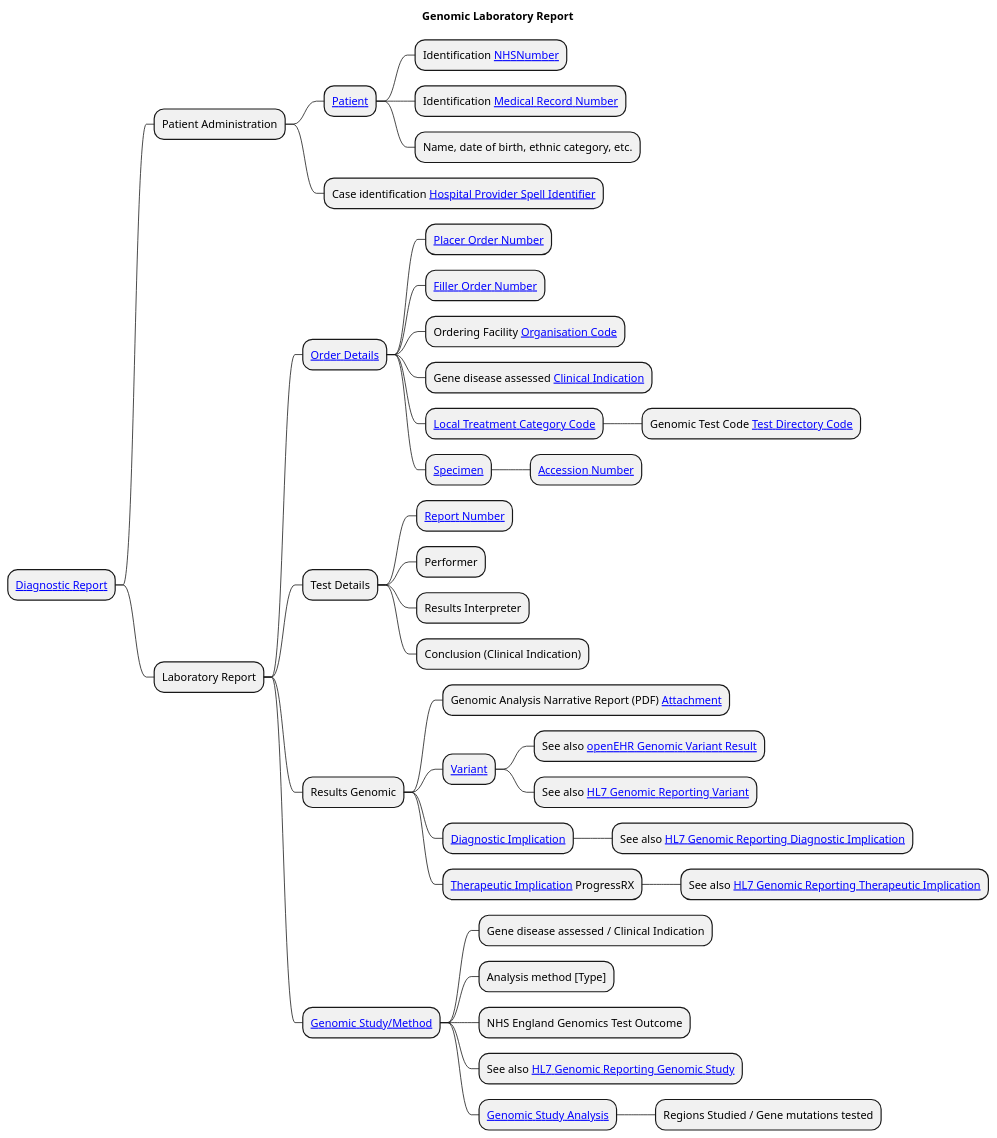
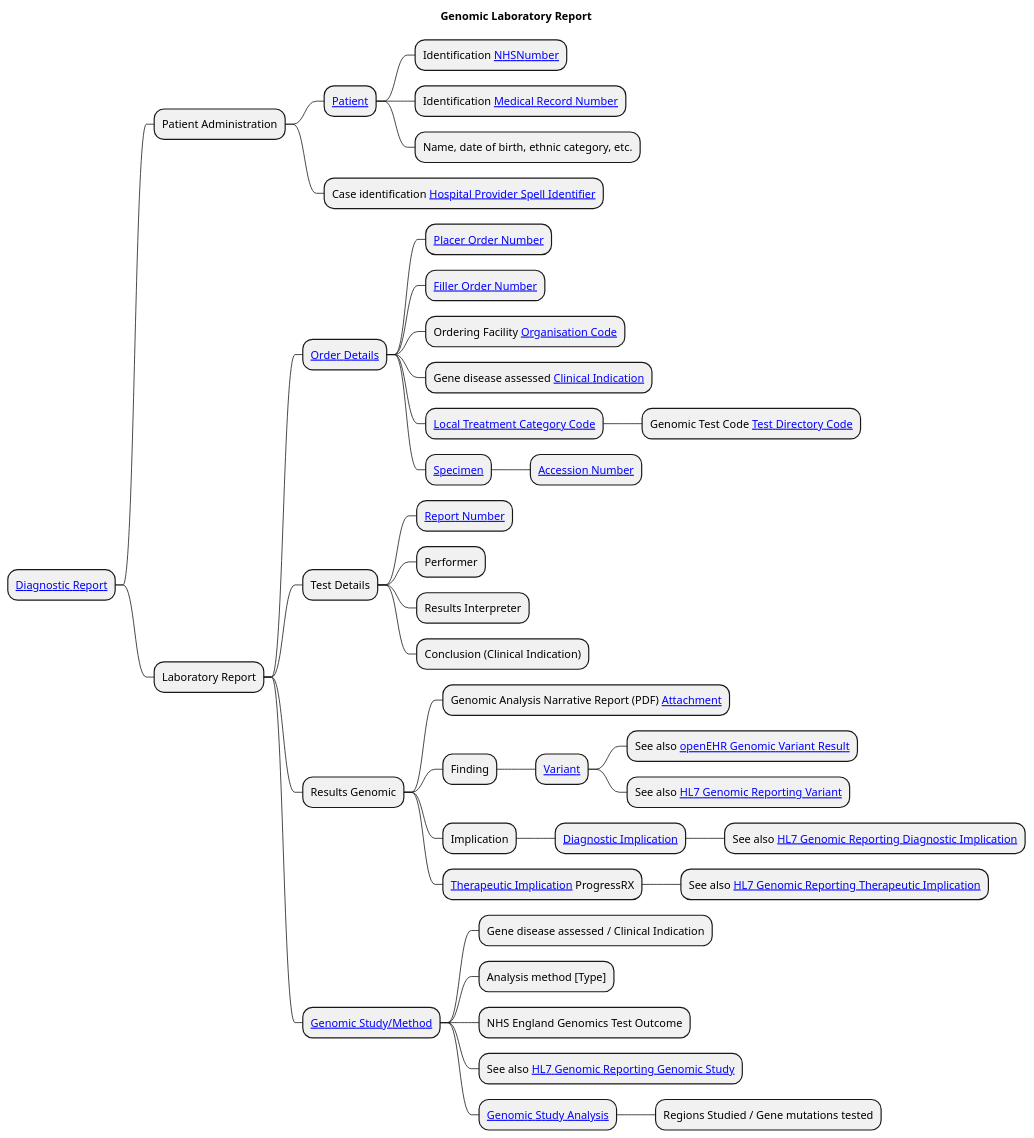
Before and after one commit to uk-gov-mirror/nw-gmsa.nw-gmsa.github.com: the diagram in input/images-source/LaboratoryReport-mindmap.plantuml, drawn with PlantUML. The commit also changed 1 other file, not shown here.

Commit message:
Diagnostic Implication

```diff
--- a/input/images-source/LaboratoryReport-mindmap.plantuml
+++ b/input/images-source/LaboratoryReport-mindmap.plantuml
@@ -1,44 +1,46 @@
 @startmindmap
 
 title "Genomic Laboratory Report"
 
 * [[StructureDefinition-DiagnosticReport.html Diagnostic Report]]
 ** Patient Administration
 *** [[StructureDefinition-Patient.html Patient]]
 **** Identification [[StructureDefinition-NHSNumber.html NHSNumber]]
 **** Identification [[StructureDefinition-MedicalRecordNumber.html Medical Record Number]]
 **** Name, date of birth, ethnic category, etc.
 *** Case identification [[StructureDefinition-HospitalProviderSpellIdentifier.html Hospital Provider Spell Identifier]]
 ** Laboratory Report
 *** [[Questionnaire-GenomicTestOrder.html Order Details]]
 **** [[StructureDefinition-PlacerOrderNumber.html Placer Order Number]]
 **** [[StructureDefinition-FillerOrderNumber.html Filler Order Number]]
 **** Ordering Facility [[StructureDefinition-OrganisationCode.html Organisation Code]]
 **** Gene disease assessed [[CodeSystem-GenomicClinicalIndication.html Clinical Indication]]
 **** [[https://www.datadictionary.nhs.uk/data_elements/local_treatment_category_code.html Local Treatment Category Code]]
 ***** Genomic Test Code [[CodeSystem-GenomicTestCode.html Test Directory Code]]
 **** [[StructureDefinition-Specimen.html Specimen]]
 ***** [[StructureDefinition-AccessionNumber.html Accession Number]]
 *** Test Details
 **** [[StructureDefinition-ReportNumber.html Report Number]]
 **** Performer
 **** Results Interpreter
 **** Conclusion (Clinical Indication)
 *** Results Genomic
 **** Genomic Analysis Narrative Report (PDF) [[StructureDefinition-NWAttachment.html Attachment]]
-**** [[StructureDefinition-Observation-Variant.html Variant]]
-***** See also [[https://ckm.openehr.org/ckm/archetypes/1013.1.3759/mindmap openEHR Genomic Variant Result]]
-***** See also [[https://build.fhir.org/ig/HL7/genomics-reporting/StructureDefinition-variant.html HL7 Genomic Reporting Variant]]
-**** [[StructureDefinition-Observation-DiagnosticImplication.html Diagnostic Implication]]
-***** See also [[https://build.fhir.org/ig/HL7/genomics-reporting/StructureDefinition-diagnostic-implication.html HL7 Genomic Reporting Diagnostic Implication]]
+**** Finding
+***** [[StructureDefinition-Observation-Variant.html Variant]]
+****** See also [[https://ckm.openehr.org/ckm/archetypes/1013.1.3759/mindmap openEHR Genomic Variant Result]]
+****** See also [[https://build.fhir.org/ig/HL7/genomics-reporting/StructureDefinition-variant.html HL7 Genomic Reporting Variant]]
+**** Implication
+***** [[StructureDefinition-Observation-DiagnosticImplication.html Diagnostic Implication]]
+****** See also [[https://build.fhir.org/ig/HL7/genomics-reporting/StructureDefinition-diagnostic-implication.html HL7 Genomic Reporting Diagnostic Implication]]
 **** [[StructureDefinition-Observation-TherapeuticImplication.html Therapeutic Implication]] ProgressRX
 ***** See also [[https://build.fhir.org/ig/HL7/genomics-reporting/StructureDefinition-therapeutic-implication.html HL7 Genomic Reporting Therapeutic Implication]]
 *** [[StructureDefinition-Procedure-GenomicStudy.html Genomic Study/Method]]
 **** Gene disease assessed / Clinical Indication
 **** Analysis method [Type]
 **** NHS England Genomics Test Outcome
 **** See also [[https://build.fhir.org/ig/HL7/genomics-reporting/StructureDefinition-genomic-study.html HL7 Genomic Reporting Genomic Study]]
 **** [[https://build.fhir.org/ig/HL7/genomics-reporting/StructureDefinition-genomic-study-analysis.html Genomic Study Analysis]]
 ***** Regions Studied / Gene mutations tested
 
 @endmindmap
```
